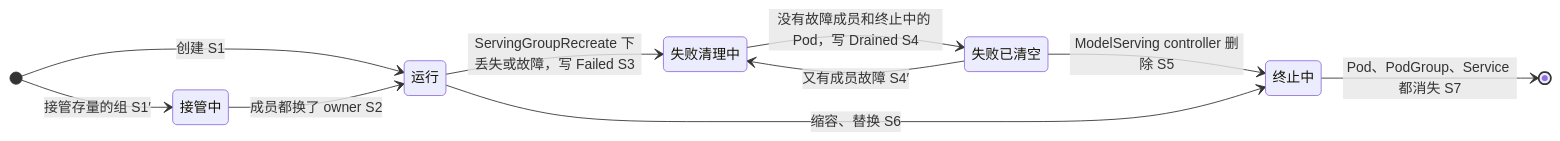
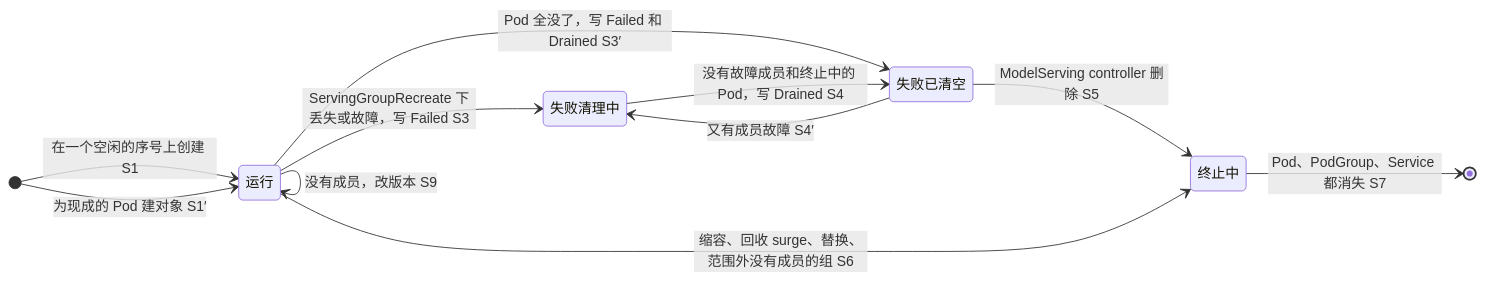
The second of 6 diagrams in docs/proposal/modelserving-servinggroup-cr/03-state-machine.md (VanderChen/kthena), drawn with Mermaid before and after one commit. The commit also changed other lines of this file and 8 other files, not shown here.

````diff
--- a/docs/proposal/modelserving-servinggroup-cr/03-state-machine.md
+++ b/docs/proposal/modelserving-servinggroup-cr/03-state-machine.md
@@ -194,13 +219,15 @@
 ```mermaid
 stateDiagram-v2
     direction LR
-    [*] --> 运行: 创建 S1
-    [*] --> 接管中: 接管存量的组 S1′
-    接管中 --> 运行: 成员都换了 owner S2
+    [*] --> 运行: 在一个空闲的序号上创建 S1
+    [*] --> 运行: 为现成的 Pod 建对象 S1′
+    运行 --> 运行: 转正，摘掉 surge 注解 S2
+    运行 --> 运行: 没有成员，改版本 S9
     运行 --> 失败清理中: ServingGroupRecreate 下丢失或故障，写 Failed S3
+    运行 --> 失败已清空: Pod 全没了，写 Failed 和 Drained S3′
     失败清理中 --> 失败已清空: 没有故障成员和终止中的 Pod，写 Drained S4
     失败已清空 --> 失败清理中: 又有成员故障 S4′
     失败已清空 --> 终止中: ModelServing controller 删除 S5
-    运行 --> 终止中: 缩容、替换 S6
+    运行 --> 终止中: 缩容、回收 surge、替换、范围外没有成员的组 S6
     终止中 --> [*]: Pod、PodGroup、Service 都消失 S7
 ```
````
